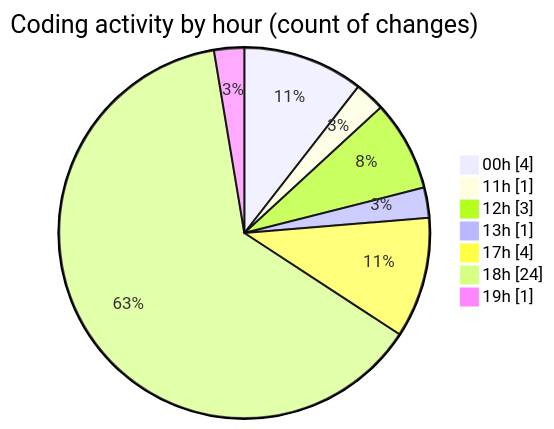
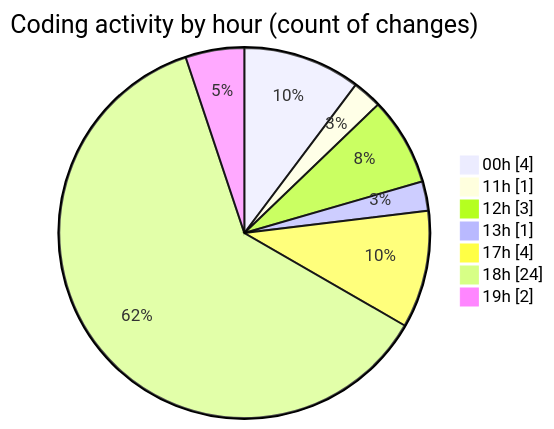
One commit to julien-gomy/code-tracking changed the second of 2 diagrams in 2025-11-19/eventscop-api-guide__workspace_/README.md. Above: the diagram before and after it, drawn with Mermaid. The commit also changed other lines of this file and 1 other file, not shown here.

````diff
--- a/2025-11-19/eventscop-api-guide__workspace_/README.md
+++ b/2025-11-19/eventscop-api-guide__workspace_/README.md
@@ -33,11 +33,11 @@
 ```mermaid
 pie showData
 title Coding activity by hour (count of changes)
 "00h" : 4
 "11h" : 1
 "12h" : 3
 "13h" : 1
 "17h" : 4
 "18h" : 24
-"19h" : 1
+"19h" : 2
 ```
````
